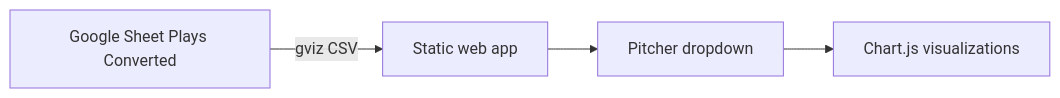
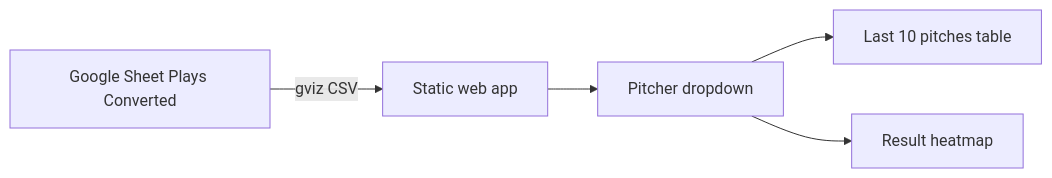
The diagram in docs/rln-charts-dashboard.md (OrbTheRobot/Tornado-Scouting), drawn with Mermaid before and after one commit. The commit also changed other lines of this file and 4 other files, not shown here.

First line of the commit message:
Replace placeholder charts with pitcher table and result heatmap.

````diff
--- a/docs/rln-charts-dashboard.md
+++ b/docs/rln-charts-dashboard.md
@@ -9,6 +9,7 @@
 ```mermaid
 flowchart LR
     Sheet[Google Sheet Plays Converted] -->|gviz CSV| App[Static web app]
     App --> Filter[Pitcher dropdown]
-    Filter --> Charts[Chart.js visualizations]
+    Filter --> Table[Last 10 pitches table]
+    Filter --> Heatmap[Result heatmap]
 ```
````
